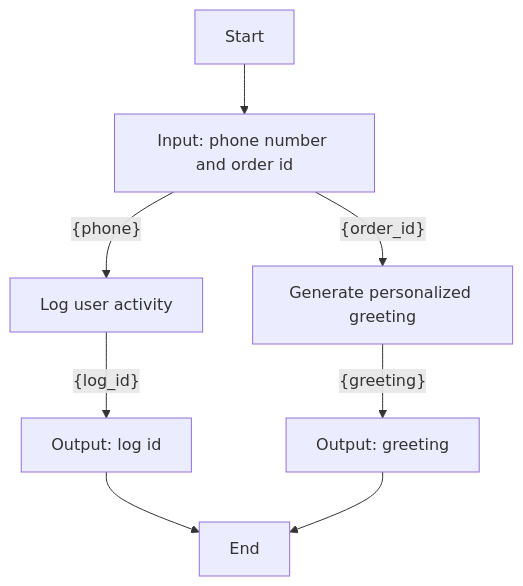
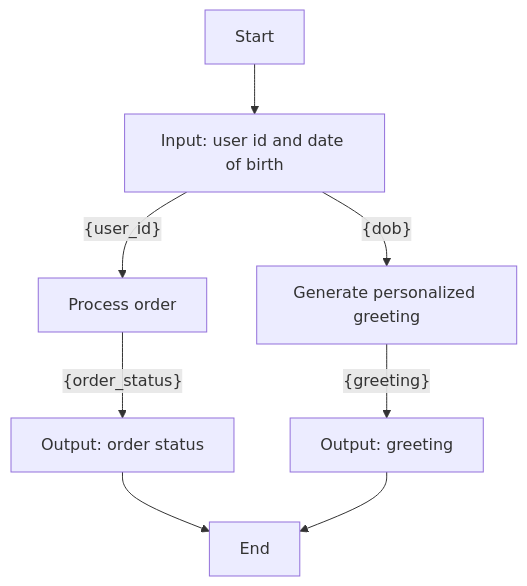
The diagram in poc-dsl-compiler/input/workflows/workflow_2.md (YJ-928/Temporal-Python-SDK), drawn with Mermaid before and after one commit. The commit also changed 46 other files, not shown here.

````diff
--- a/poc-dsl-compiler/input/workflows/workflow_2.md
+++ b/poc-dsl-compiler/input/workflows/workflow_2.md
@@ -1,10 +1,10 @@
 ```mermaid
 graph TD
-    A[Start] --> B[Input: phone number and order id]
-    B[Input: phone number and order id] -- {phone} --> C[Log user activity]
-    B[Input: phone number and order id] -- {order_id} --> D[Generate personalized greeting]
-    C[Log user activity] -- {log_id} --> E[Output: log id]
+    A[Start] --> B[Input: user id and date of birth]
+    B[Input: user id and date of birth] -- {user_id} --> C[Process order]
+    B[Input: user id and date of birth] -- {dob} --> D[Generate personalized greeting]
+    C[Process order] -- {order_status} --> E[Output: order status]
     D[Generate personalized greeting] -- {greeting} --> F[Output: greeting]
-    E[Output: log id] --> G[End]
+    E[Output: order status] --> G[End]
     F[Output: greeting] --> G[End]
 ```
````
